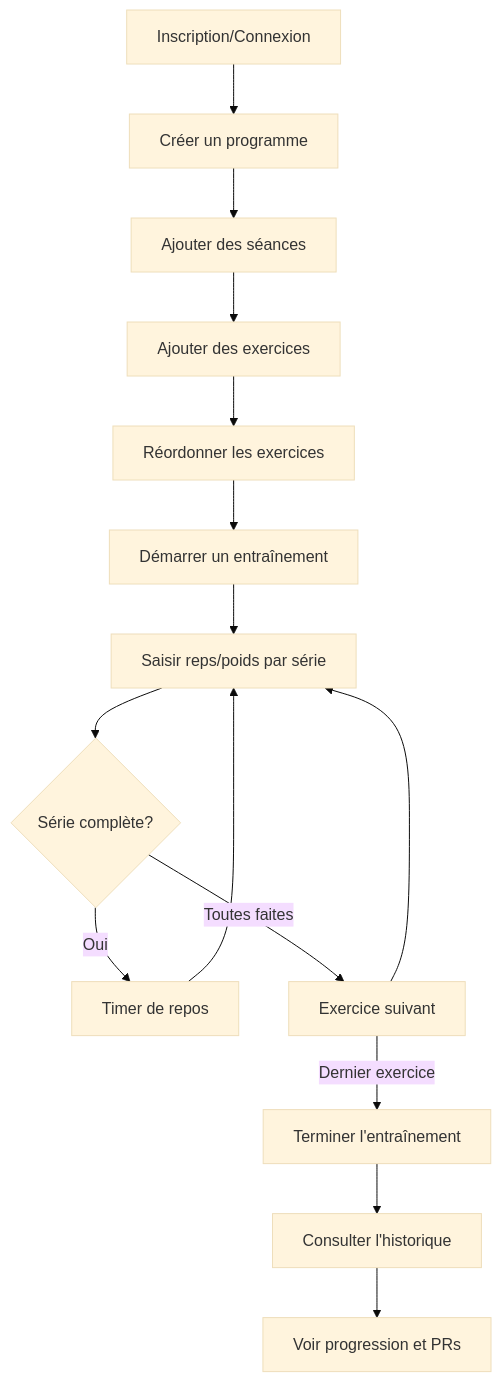
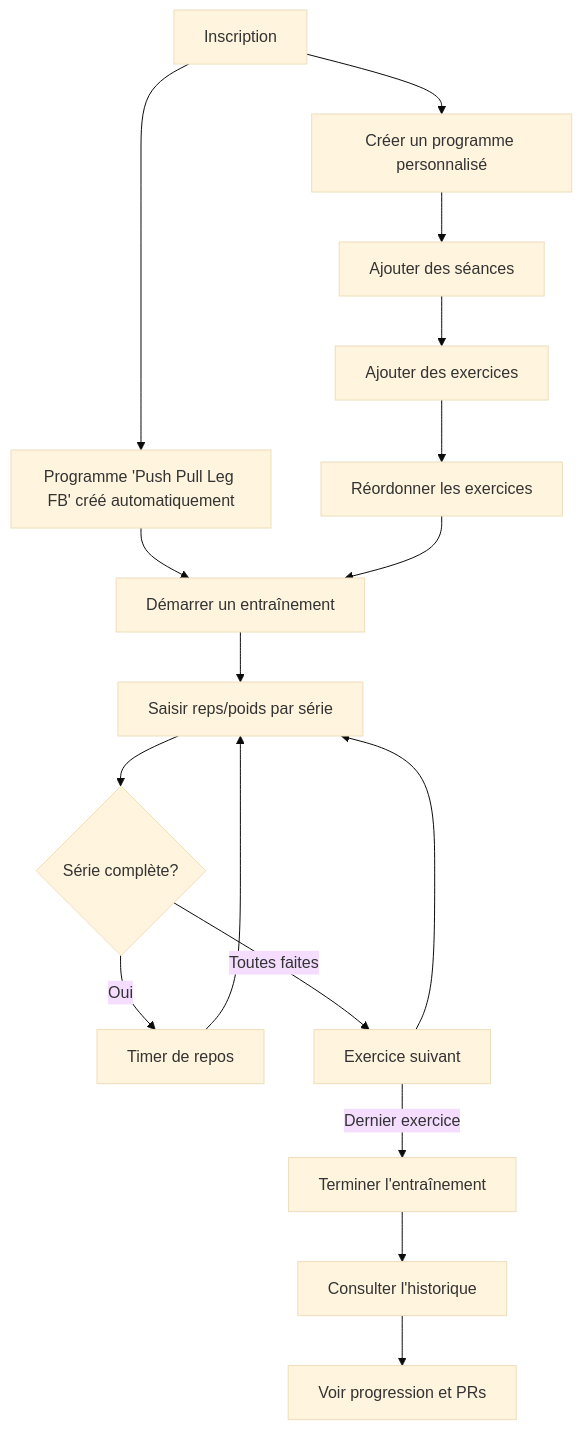
Before and after one commit to augustindortu/gymtracker: the second of 2 diagrams in specifications_fonctionnelles.md, drawn with Mermaid (base theme). The commit also changed other lines of this file and 3 other files, not shown here.

````diff
--- a/specifications_fonctionnelles.md
+++ b/specifications_fonctionnelles.md
@@ -488,17 +543,19 @@
 ```mermaid
 flowchart TD
-    A[Inscription/Connexion] --> B[Créer un programme]
+    A[Inscription] --> A2[Programme 'Push Pull Leg FB' créé automatiquement]
+    A2 --> F[Démarrer un entraînement]
+    A --> B[Créer un programme personnalisé]
     B --> C[Ajouter des séances]
     C --> D[Ajouter des exercices]
     D --> E[Réordonner les exercices]
     E --> F[Démarrer un entraînement]
     F --> G[Saisir reps/poids par série]
     G --> H{Série complète?}
     H -->|Oui| I[Timer de repos]
     I --> G
     H -->|Toutes faites| J[Exercice suivant]
     J --> G
     J -->|Dernier exercice| K[Terminer l'entraînement]
     K --> L[Consulter l'historique]
     L --> M[Voir progression et PRs]
 ```
````
